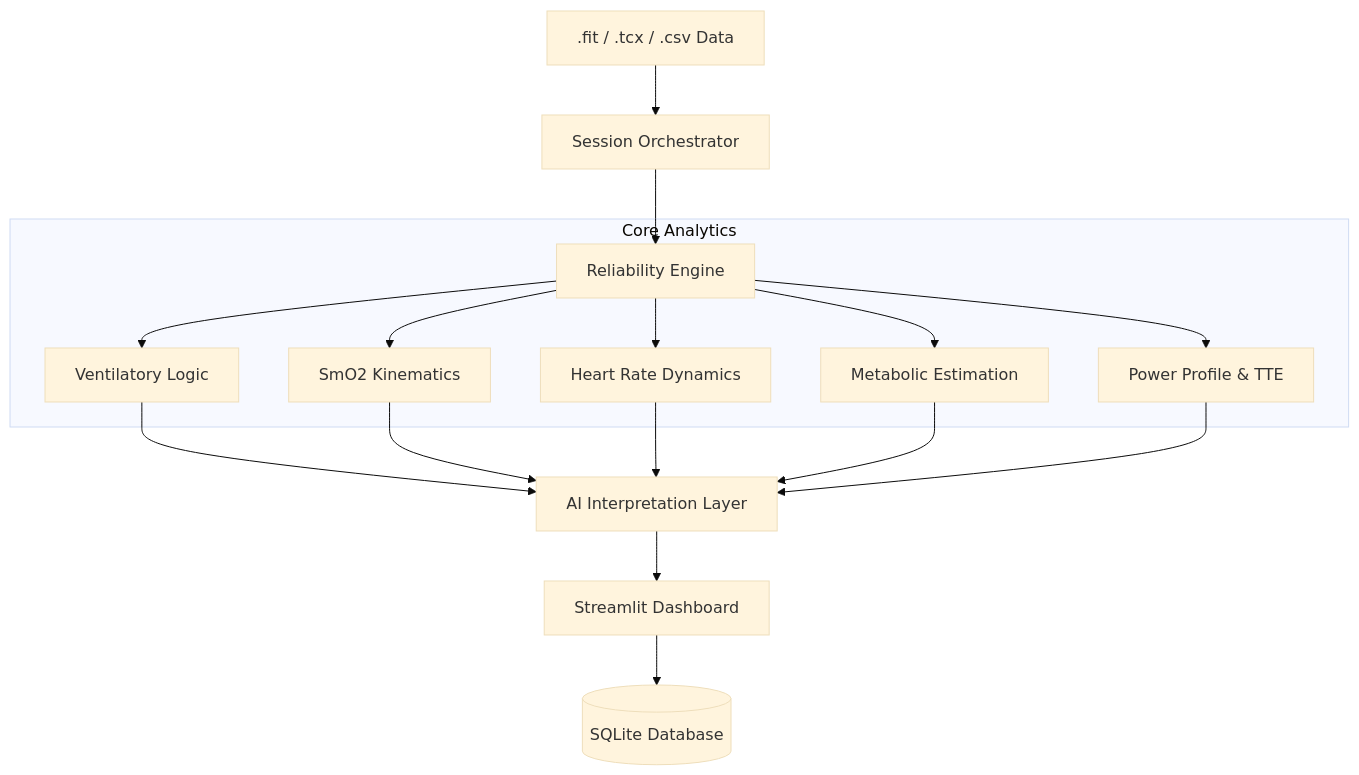
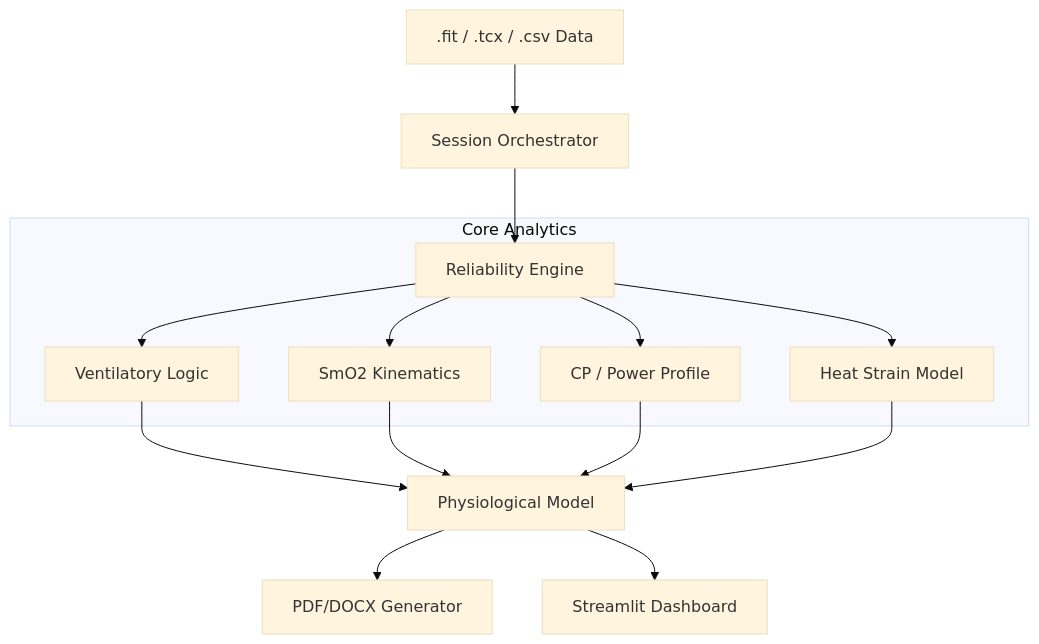
Before and after one commit to WielkiKrzych/Tri_Dashboard: the diagram in README.md, drawn with Mermaid (base theme). The commit also changed other lines of this file, not shown here.

Commit message:
feat: Add Ramp Test Analytics & Reporting module, refine existing feature descriptions, detail technical architecture, and include a medical disclaimer.

````diff
--- a/README.md
+++ b/README.md
@@ -39,17 +50,16 @@
 ```mermaid
 graph TD
     Data[".fit / .tcx / .csv Data"] --> Orchestrator["Session Orchestrator"]
     Orchestrator --> Quality["Reliability Engine"]
     
     subgraph "Core Analytics"
         Quality --> VT["Ventilatory Logic"]
         Quality --> NIRS["SmO2 Kinematics"]
-        Quality --> HRV["Heart Rate Dynamics"]
-        Quality --> Metabolic["Metabolic Estimation"]
-        Quality --> PDC_TTE["Power Profile & TTE"]
+        Quality --> PDC["CP / Power Profile"]
+        Quality --> Thermal["Heat Strain Model"]
     end
     
-    VT & NIRS & HRV & Metabolic & PDC_TTE --> Intepretation["AI Interpretation Layer"]
-    Intepretation --> UI["Streamlit Dashboard"]
-    UI --> DB[("SQLite Database")]
+    VT & NIRS & PDC & Thermal --> Model["Physiological Model"]
+    Model --> Report["PDF/DOCX Generator"]
+    Model --> UI["Streamlit Dashboard"]
 ```
````
